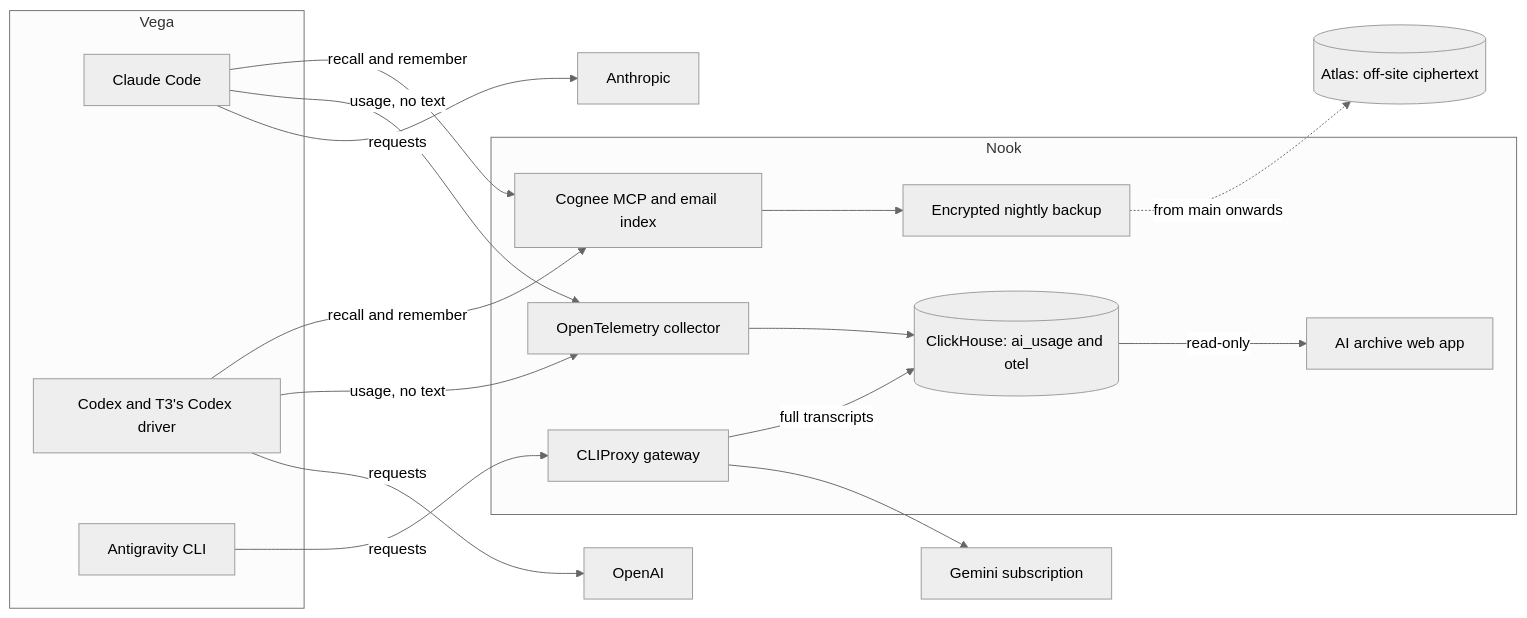
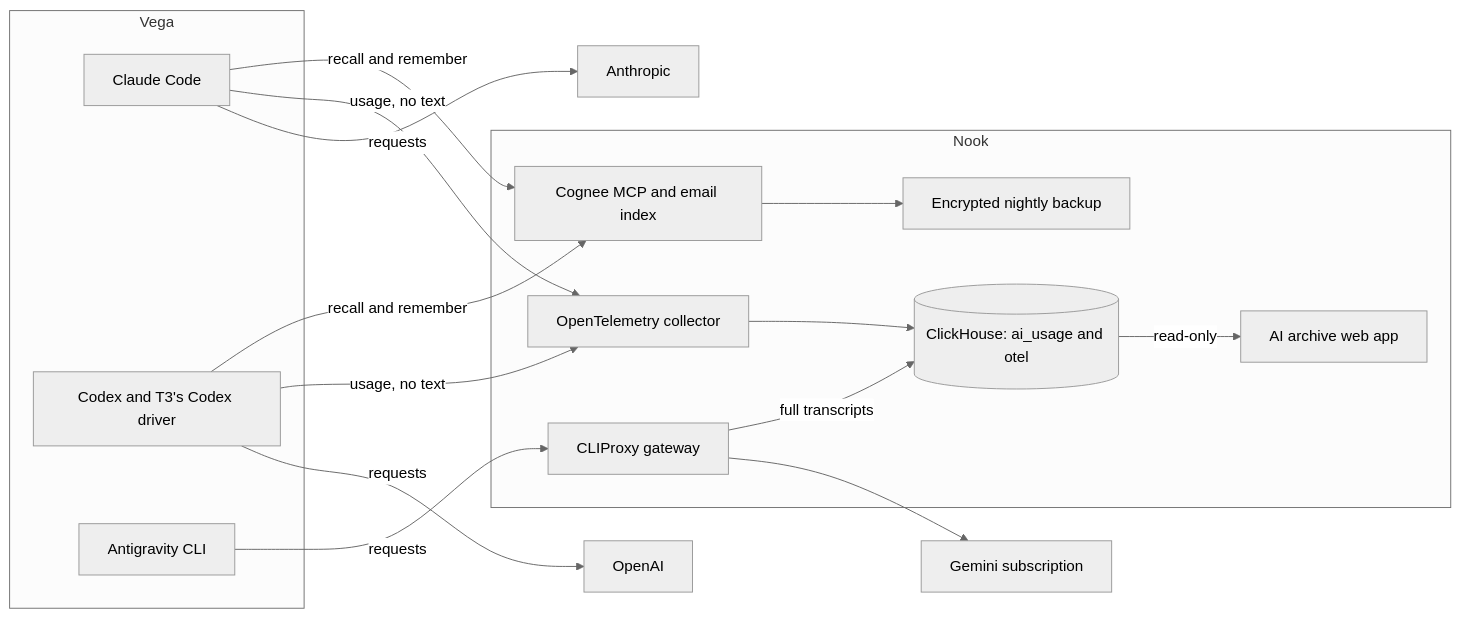
One commit to LisaScheers/Forge changed the diagram in docs/agents.md. Above: the diagram before and after it, drawn with Mermaid (neutral theme). The commit also changed 10 other files, not shown here.

First line of the commit message:
fix(cognee): keep the backup on Nook; no copy to Atlas

````diff
--- a/docs/agents.md
+++ b/docs/agents.md
@@ -26,31 +26,30 @@
 ```mermaid
 flowchart LR
   subgraph Vega
     claude[Claude Code]
     codex[Codex and T3's Codex driver]
     agy[Antigravity CLI]
   end
   subgraph Nook
     gateway[CLIProxy gateway]
     otel[OpenTelemetry collector]
     ch[(ClickHouse: ai_usage and otel)]
     archive[AI archive web app]
     cognee[Cognee MCP and email index]
     backup[Encrypted nightly backup]
   end
-  atlas[(Atlas: off-site ciphertext)]
   anthropic[Anthropic]
   openai[OpenAI]
   google[Gemini subscription]
 
   claude -- requests --> anthropic
   codex -- requests --> openai
   agy -- requests --> gateway --> google
   gateway -- full transcripts --> ch
   claude -- usage, no text --> otel
   codex -- usage, no text --> otel
   otel --> ch
   ch -- read-only --> archive
   claude & codex -- recall and remember --> cognee
-  cognee --> backup -. "from main onwards" .-> atlas
+  cognee --> backup
 ```
````
